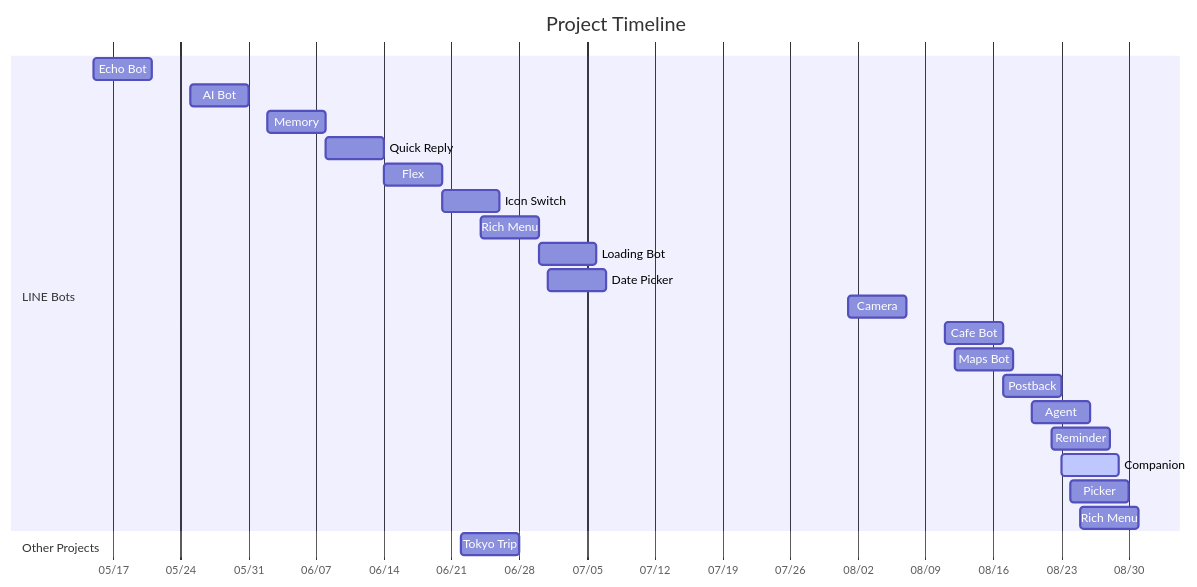
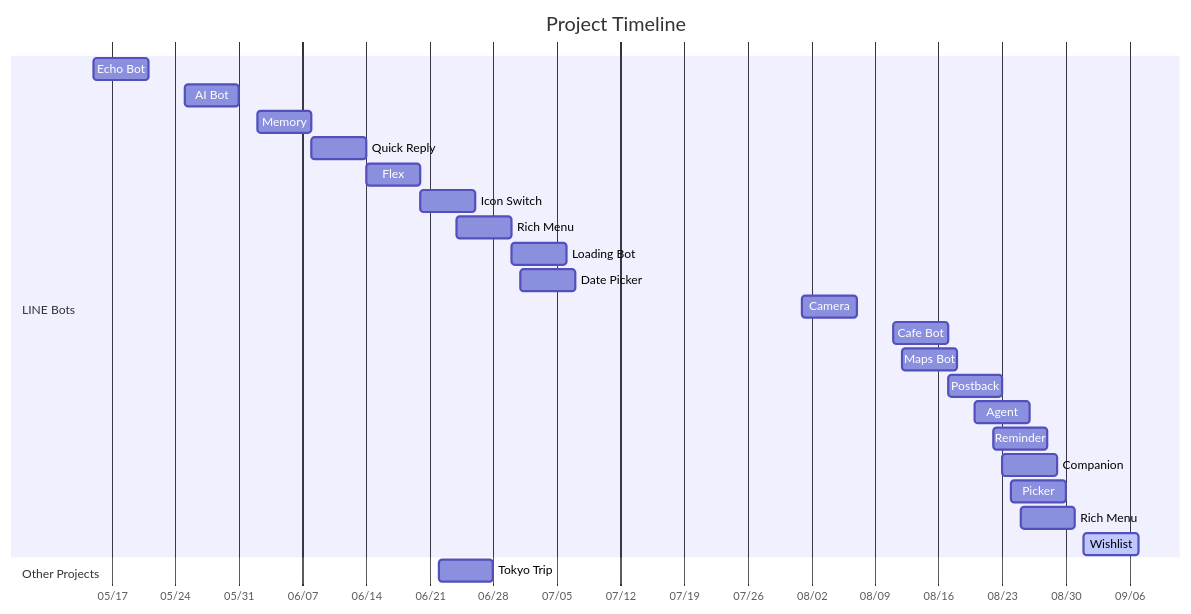
Before and after one commit to zonawang/zona-ai-learning-lab: the diagram in README.md, drawn with Mermaid. The commit also changed other lines of this file, not shown here.

Commit message:
docs: add LINE Cafe wishlist learning log

````diff
--- a/README.md
+++ b/README.md
@@ -16,29 +16,30 @@
 ```mermaid
 gantt
     title Project Timeline
     dateFormat YYYY-MM-DD
     axisFormat %m/%d
 
     section LINE Bots
     Echo Bot      :p1, 2026-05-15, 6d
     AI Bot        :p2, 2026-05-25, 6d
     Memory        :p3, 2026-06-02, 6d
     Quick Reply   :p4, 2026-06-08, 6d
     Flex          :p5, 2026-06-14, 6d
     Icon Switch   :p6, 2026-06-20, 6d
     Rich Menu     :p8, 2026-06-24, 6d
     Loading Bot   :p9, 2026-06-30, 6d
     Date Picker   :p10, 2026-07-01, 6d
     Camera        :p11, 2026-08-01, 6d
     Cafe Bot      :p12, 2026-08-11, 6d
     Maps Bot      :p13, 2026-08-12, 6d
     Postback      :p14, 2026-08-17, 6d
     Agent         :p15, 2026-08-20, 6d
     Reminder      :p16, 2026-08-22, 6d
-    Companion     :active, p17, 2026-08-23, 6d
+    Companion     :p17, 2026-08-23, 6d
     Picker        :p18, 2026-08-24, 6d
     Rich Menu     :p19, 2026-08-25, 6d
+    Wishlist      :active, p20, 2026-09-01, 6d
 
     section Other Projects
     Tokyo Trip    :p7, 2026-06-22, 6d
 ```
````
